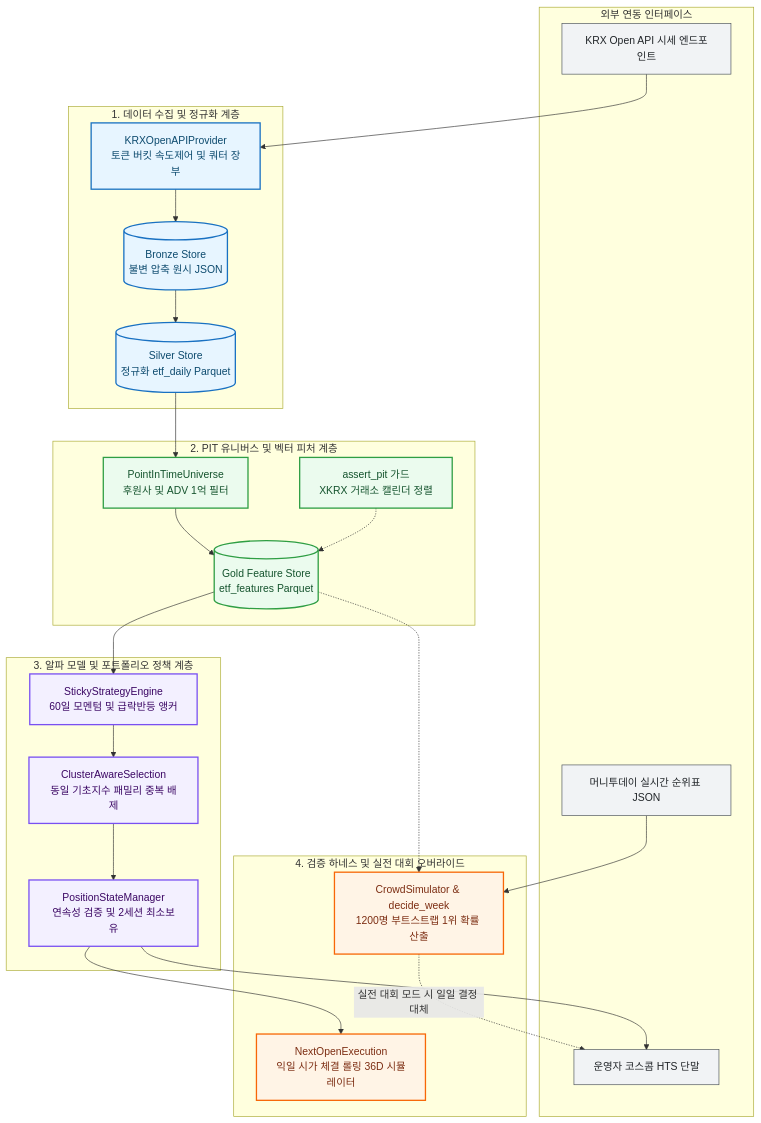
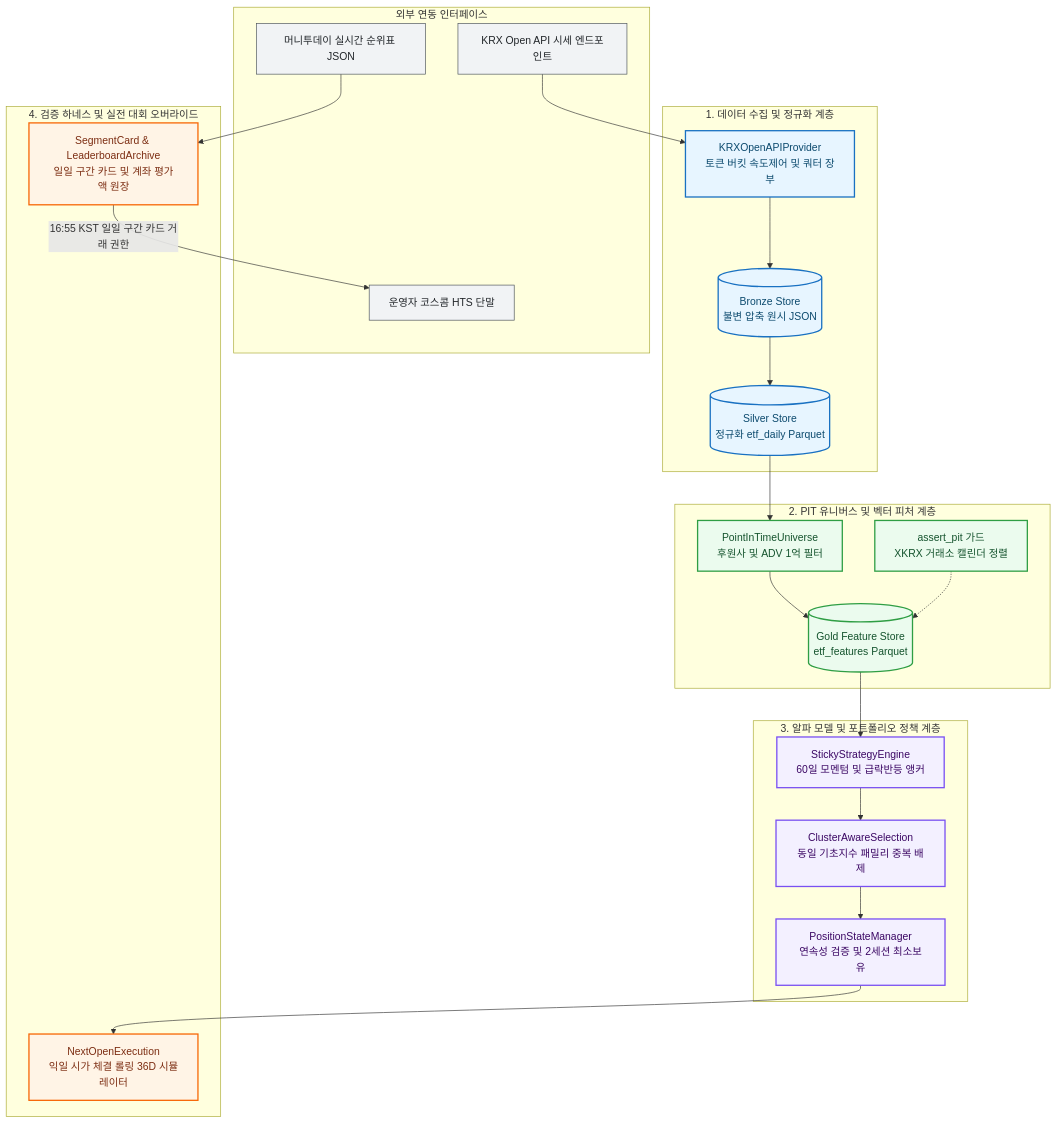
One commit to KTHYEONG/mt-etf-king-2026 changed the first of 2 diagrams in docs/architecture/system-design.md. Above: the diagram before and after it, drawn with Mermaid. The commit also changed other lines of this file and 9 other files, not shown here.

````diff
--- a/docs/architecture/system-design.md
+++ b/docs/architecture/system-design.md
@@ -31,46 +31,44 @@
 ```mermaid
 flowchart TD
     classDef vendor fill:#f1f3f5,stroke:#495057,stroke-width:1px,color:#212529;
     classDef stage1 fill:#e7f5ff,stroke:#1971c2,stroke-width:2px,color:#0c4a6e;
     classDef stage2 fill:#ebfbee,stroke:#2f9e44,stroke-width:2px,color:#14532d;
     classDef stage3 fill:#f3f0ff,stroke:#7950f2,stroke-width:2px,color:#3b0764;
     classDef stage4 fill:#fff4e6,stroke:#f76707,stroke-width:2px,color:#7c2d12;
 
     subgraph EXT ["외부 연동 인터페이스"]
         KRX["KRX Open API 시세 엔드포인트"]:::vendor
         MT["머니투데이 실시간 순위표 JSON"]:::vendor
         HTS["운영자 코스콤 HTS 단말"]:::vendor
     end
 
     subgraph S1 ["1. 데이터 수집 및 정규화 계층"]
         Ingest["KRXOpenAPIProvider\n토큰 버킷 속도제어 및 쿼터 장부"]:::stage1
         Bronze[("Bronze Store\n불변 압축 원시 JSON")]:::stage1
         Silver[("Silver Store\n정규화 etf_daily Parquet")]:::stage1
         KRX --> Ingest --> Bronze --> Silver
     end
 
     subgraph S2 ["2. PIT 유니버스 및 벡터 피처 계층"]
         Univ["PointInTimeUniverse\n후원사 및 ADV 1억 필터"]:::stage2
         PITGuard["assert_pit 가드\nXKRX 거래소 캘린더 정렬"]:::stage2
         Gold[("Gold Feature Store\netf_features Parquet")]:::stage2
         Silver --> Univ --> Gold
         PITGuard -.-> Gold
     end
 
     subgraph S3 ["3. 알파 모델 및 포트폴리오 정책 계층"]
         Alpha["StickyStrategyEngine\n60일 모멘텀 및 급락반등 앵커"]:::stage3
         Dedup["ClusterAwareSelection\n동일 기초지수 패밀리 중복 배제"]:::stage3
         State["PositionStateManager\n연속성 검증 및 2세션 최소보유"]:::stage3
         Gold --> Alpha --> Dedup --> State
     end
 
     subgraph S4 ["4. 검증 하네스 및 실전 대회 오버라이드"]
         Backtest["NextOpenExecution\n익일 시가 체결 롤링 36D 시뮬레이터"]:::stage4
-        ContestLive["CrowdSimulator & decide_week\n1200명 부트스트랩 1위 확률 산출"]:::stage4
+        ContestLive["SegmentCard & LeaderboardArchive\n일일 구간 카드 및 계좌 평가액 원장"]:::stage4
         State --> Backtest
-        State --> HTS
         MT --> ContestLive
-        Gold -.-> ContestLive
-        ContestLive -.->|실전 대회 모드 시 일일 결정 대체| HTS
+        ContestLive -->|16:55 KST 일일 구간 카드 거래 권한| HTS
     end
 ```
````
